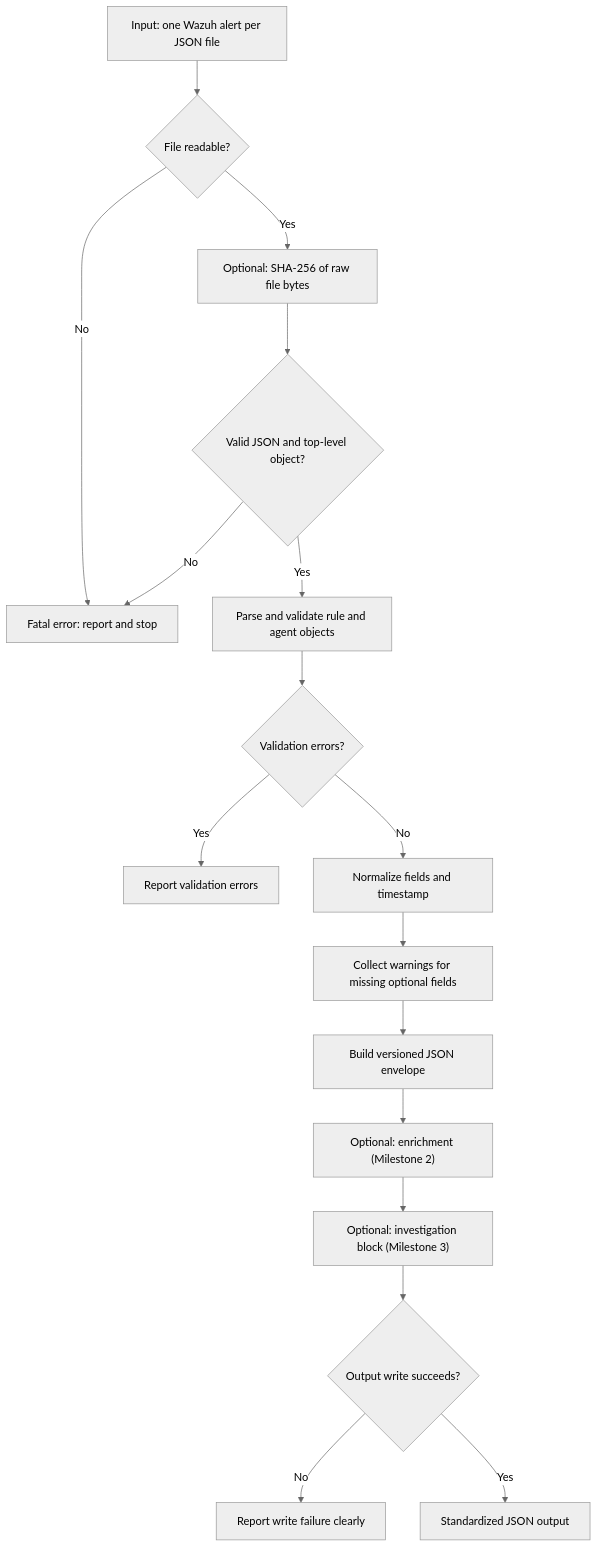
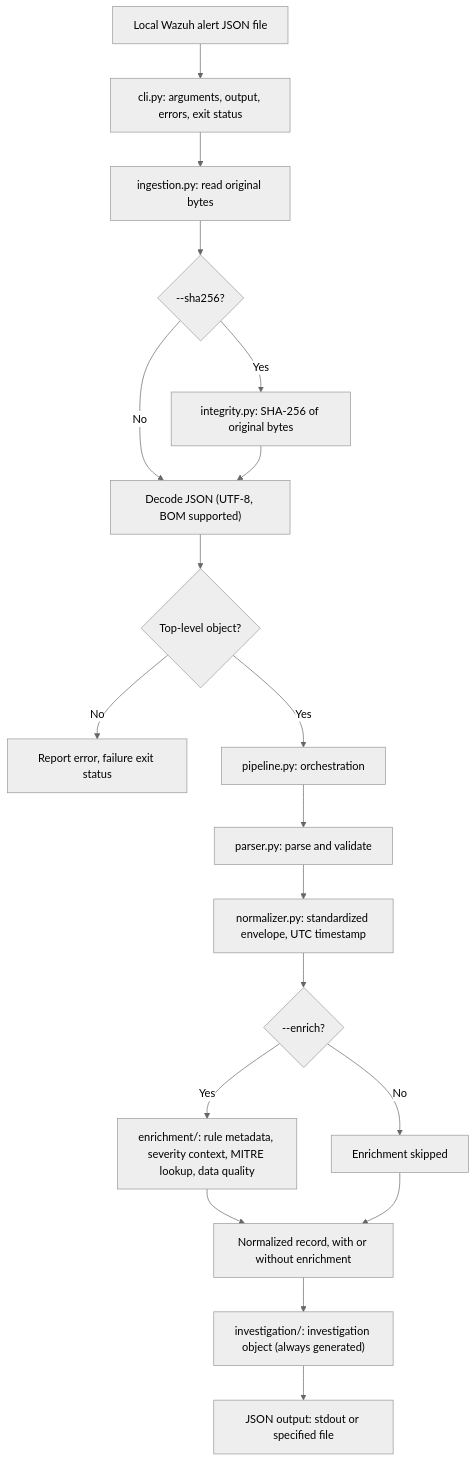
Before and after one commit to andyydz/python-soc-automation: the diagram in docs/architecture.md, drawn with Mermaid (neutral theme). The commit also changed other lines of this file, not shown here.

First line of the commit message:
Revise architecture document for clarity and updates

````diff
--- a/docs/architecture.md
+++ b/docs/architecture.md
@@ -65,19 +41,21 @@
 ```mermaid
 flowchart TD
-    A["Input: one Wazuh alert per JSON file"] --> B{"File readable?"}
-    B -- "No" --> F1["Fatal error: report and stop"]
-    B -- "Yes" --> C["Optional: SHA-256 of raw file bytes"]
-    C --> D{"Valid JSON and top-level object?"}
-    D -- "No" --> F1
-    D -- "Yes" --> E["Parse and validate rule and agent objects"]
-    E --> G{"Validation errors?"}
-    G -- "Yes" --> F2["Report validation errors"]
-    G -- "No" --> H["Normalize fields and timestamp"]
-    H --> I["Collect warnings for missing optional fields"]
-    I --> J["Build versioned JSON envelope"]
-    J --> K["Optional: enrichment (Milestone 2)"]
-    K --> L["Optional: investigation block (Milestone 3)"]
-    L --> M{"Output write succeeds?"}
-    M -- "No" --> F3["Report write failure clearly"]
-    M -- "Yes" --> N["Standardized JSON output"]
+    A["Local Wazuh alert JSON file"] --> B["cli.py: arguments, output, errors, exit status"]
+    B --> C["ingestion.py: read original bytes"]
+    C --> D{"--sha256?"}
+    D -- "Yes" --> E["integrity.py: SHA-256 of original bytes"]
+    D -- "No" --> F["Decode JSON (UTF-8, BOM supported)"]
+    E --> F
+    F --> G{"Top-level object?"}
+    G -- "No" --> X["Report error, failure exit status"]
+    G -- "Yes" --> H["pipeline.py: orchestration"]
+    H --> I["parser.py: parse and validate"]
+    I --> J["normalizer.py: standardized envelope, UTC timestamp"]
+    J --> K{"--enrich?"}
+    K -- "Yes" --> L["enrichment/: rule metadata, severity context, MITRE lookup, data quality"]
+    K -- "No" --> L2["Enrichment skipped"]
+    L --> M["Normalized record, with or without enrichment"]
+    L2 --> M
+    M --> N["investigation/: investigation object (always generated)"]
+    N --> O["JSON output: stdout or specified file"]
 ```
````
